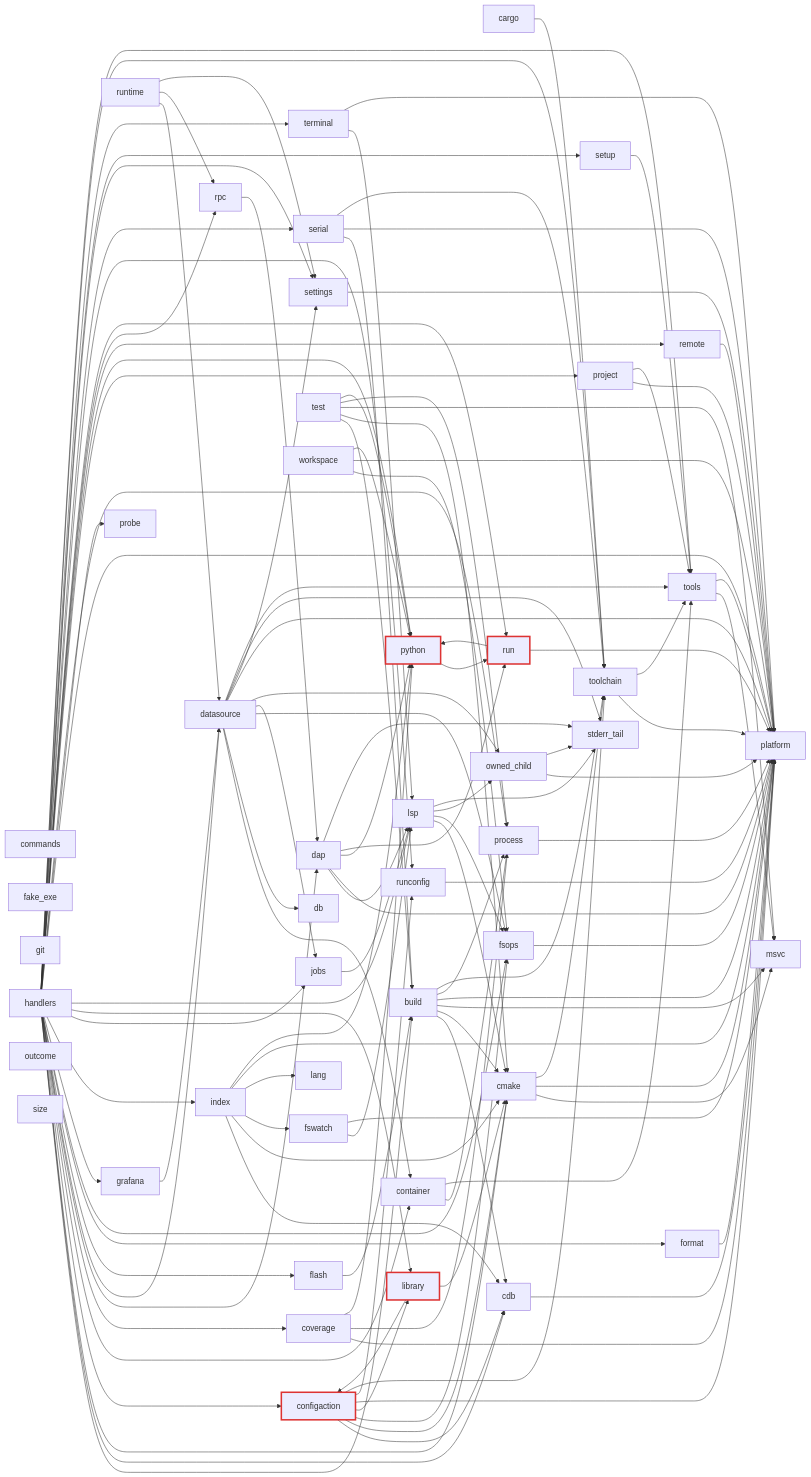
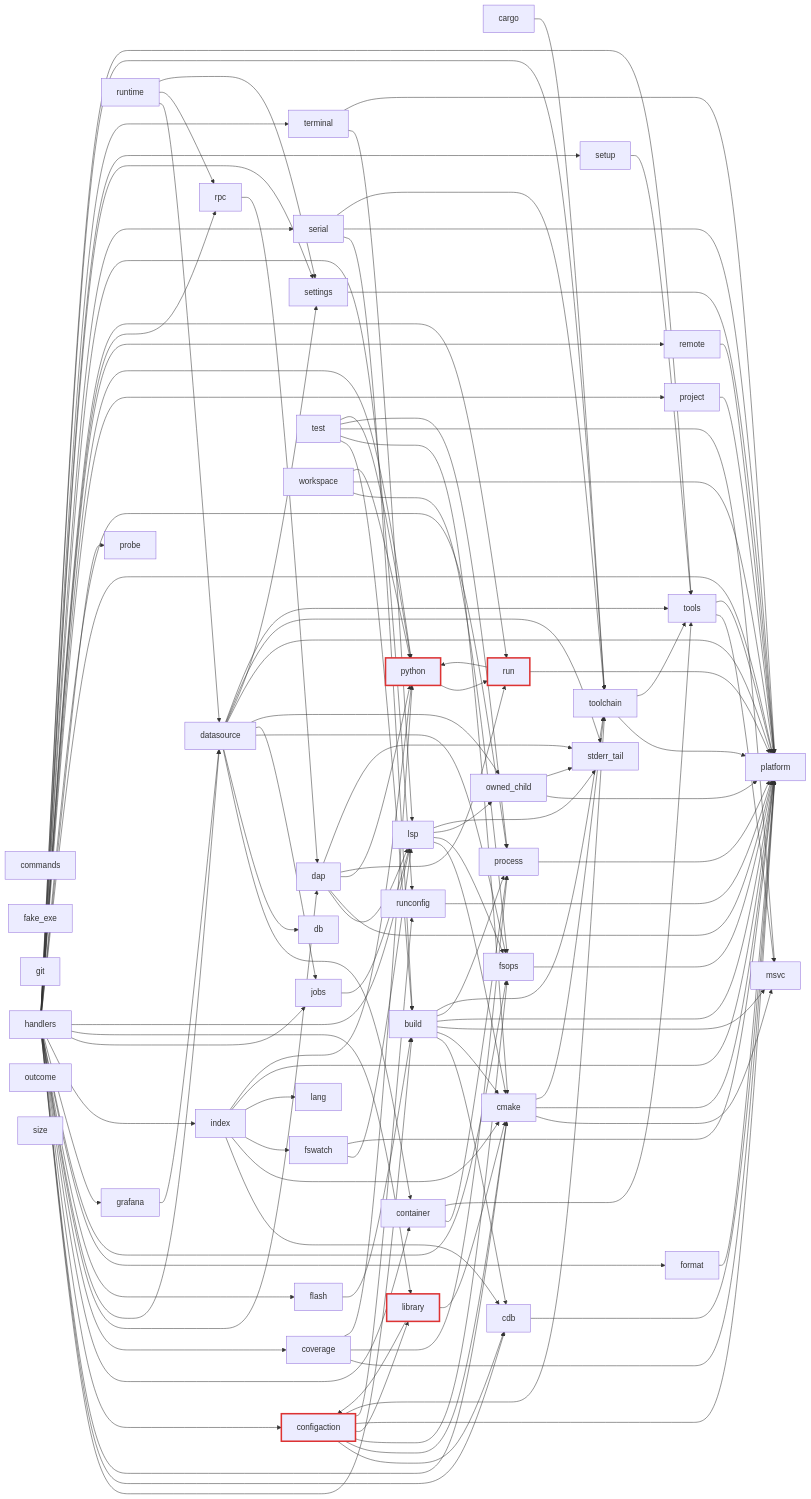
The third of 16 diagrams in DocsPublic/arquitetura/01-mapa-de-modulos.md (ViktorWalde/KineinVectis), drawn with Mermaid before and after one commit. The commit also changed other lines of this file and 39 other files, not shown here.

```diff
--- a/DocsPublic/arquitetura/01-mapa-de-modulos.md
+++ b/DocsPublic/arquitetura/01-mapa-de-modulos.md
@@ -231,7 +231,6 @@
   n_core_owned_child --> n_core_stderr_tail
   n_core_process --> n_core_platform
   n_core_project --> n_core_platform
-  n_core_project --> n_core_tools
   n_core_python --> n_core_run
   n_core_remote --> n_core_platform
   n_core_rpc --> n_core_dap
```
